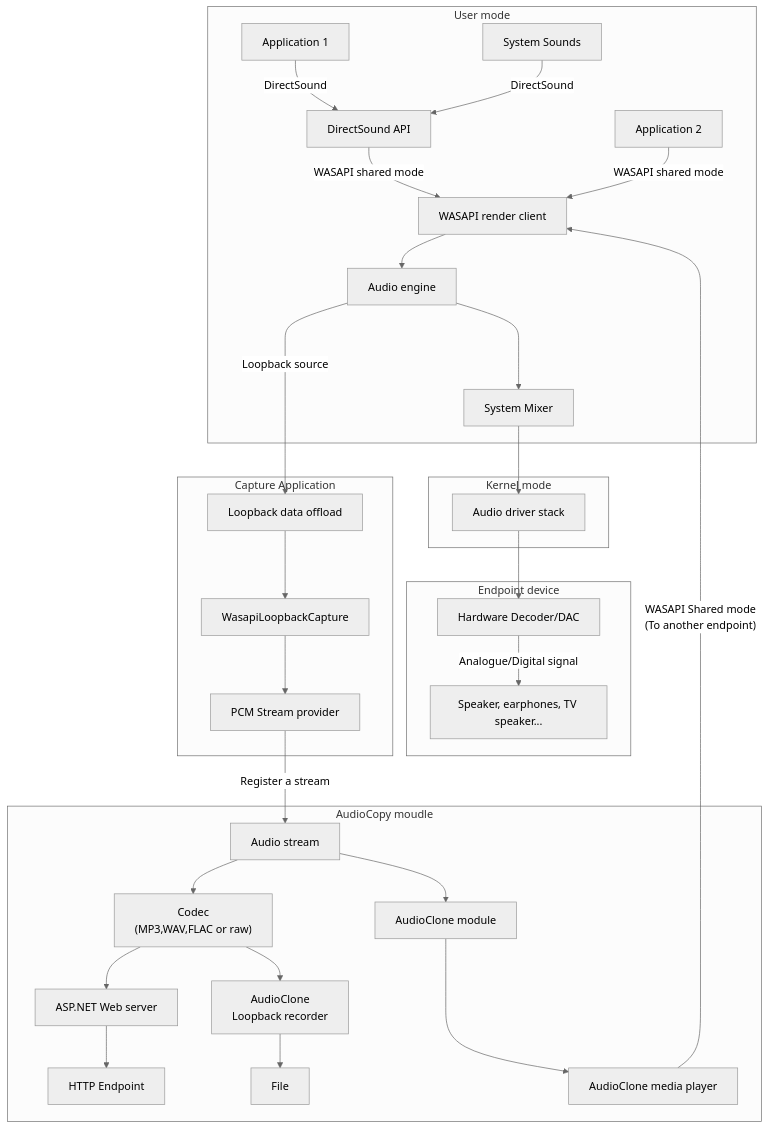
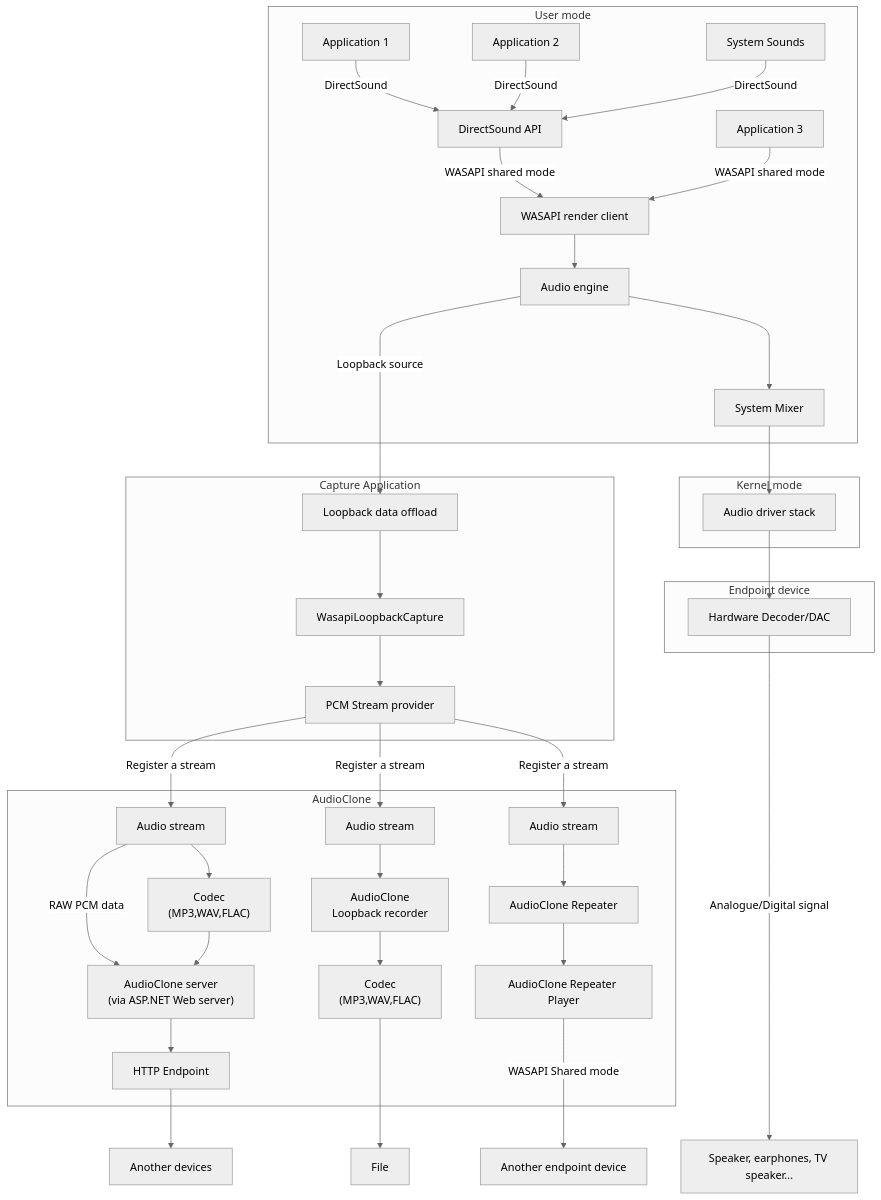
The diagram in README.md (0xeeeeeeeeeeee/AudioCopy), drawn with Mermaid (neutral theme) before and after one commit.

````diff
--- a/README.md
+++ b/README.md
@@ -26,55 +26,72 @@
 ```mermaid
 graph TD
     A1[Application 1] -- DirectSound--> DS[DirectSound API]
+    A4[Application 2] -- DirectSound--> DS
     A2[System Sounds] -- DirectSound--> DS
-    DS -->|WASAPI shared mode| B[WASAPI render client]
-    A3[Application 2] -- WASAPI shared mode--> B
+    DS -- WASAPI shared mode--> B[WASAPI render client]
+    A3[Application 3] -- WASAPI shared mode--> B
     B --> C[Audio engine]
     C -- Loopback source----> G[Loopback data offload]
     C ---> D[System Mixer]
     
     
     subgraph Capture Application
     G --> H[WasapiLoopbackCapture]
     H --> I[PCM Stream provider]
     end
 
     subgraph User mode
     A1
     A2
     A3
+    A4
     DS
     B
     C
     D
     H
     I
     end
 
 
     subgraph Kernel mode
     D --> E[Audio driver stack]
     end
 
 
     subgraph Endpoint device
     E --> F[Hardware Decoder/DAC]
 
-    F -- Analogue/Digital signal--> X[Speaker, earphones, TV speaker...]
 
     end
 
 
-    subgraph AudioCopy moudle
+    subgraph AudioClone
     I -- Register a stream--> S[Audio stream]
-    S --> J["Codec<br>(MP3,WAV,FLAC or raw)"]
-    J --> K[ASP.NET Web server]
-    K --> M[HTTP Endpoint]
+    S --> K["Codec<br>(MP3,WAV,FLAC)"]
+    S -- RAW PCM data --> M
+    K --> M["AudioClone server<br>(via ASP.NET Web server)"]
+
+    M --> N[HTTP Endpoint]
+    I -- Register a stream--> S1[Audio stream]
+
+
+    S1 --> Z[AudioClone<br>Loopback recorder]
+    Z --> Z2["Codec<br>(MP3,WAV,FLAC)"]
     
-    S --> N[AudioClone module]
-    N ---> V[AudioClone media player]
-    V -- WASAPI Shared mode<br>(To another endpoint)-->B
-    J --> Z[AudioClone<br>Loopback recorder] 
-    Z --> File
+
+    I -- Register a stream--> S2[Audio stream]
+
+    S2 --> V[AudioClone Repeater]
+    V -->V1[AudioClone Repeater Player]
+    
+    
     end
+
+    N --> M1[Another devices]
+    Z2 ---> File
+    V1 -- WASAPI Shared mode---> V2[Another endpoint device]
+    F -- Analogue/Digital signal-------> X[Speaker, earphones, TV speaker...]
+
+
 ```
````
